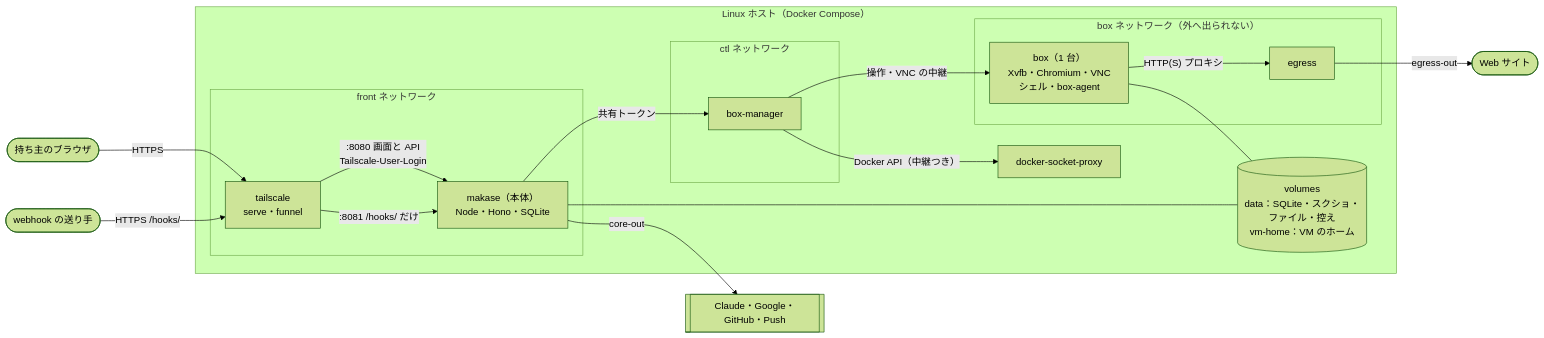
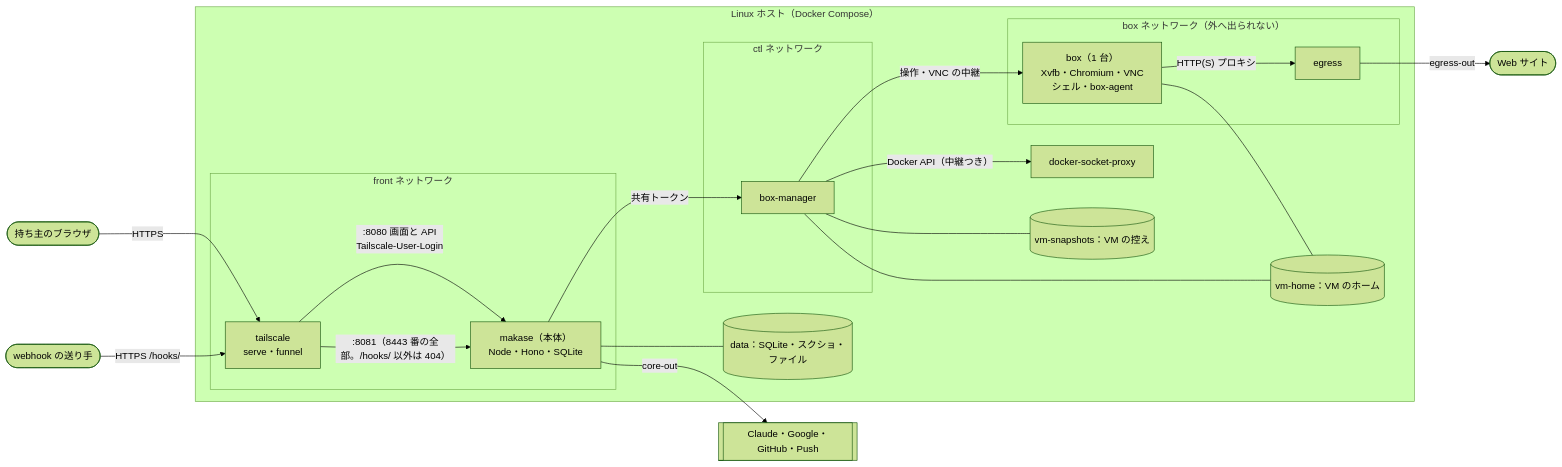
Before and after one commit to itiwoja/agent-team: the second of 3 diagrams in docs/design/07_architecture.md, drawn with Mermaid (forest theme). The commit also changed other lines of this file and 32 other files, not shown here.

````diff
--- a/docs/design/07_architecture.md
+++ b/docs/design/07_architecture.md
@@ -42,24 +42,28 @@
 ```mermaid
 flowchart LR
  O(["持ち主のブラウザ"]) -->|"HTTPS"| TS["tailscale<br/>serve・funnel"]
  HOOK(["webhook の送り手"]) -->|"HTTPS /hooks/"| TS
  subgraph HOST["Linux ホスト（Docker Compose）"]
   subgraph FRONT["front ネットワーク"]
    TS -->|":8080 画面と API<br/>Tailscale-User-Login"| CORE["makase（本体）<br/>Node・Hono・SQLite"]
-   TS -->|":8081 /hooks/ だけ"| CORE
+   TS -->|":8081（8443 番の全部。/hooks/ 以外は 404）"| CORE
   end
   subgraph CTL["ctl ネットワーク"]
    CORE -->|"共有トークン"| BM["box-manager"]
   end
   BM -->|"Docker API（中継つき）"| DS["docker-socket-proxy"]
   subgraph BOXNET["box ネットワーク（外へ出られない）"]
    BM -->|"操作・VNC の中継"| B1["box（1 台）<br/>Xvfb・Chromium・VNC<br/>シェル・box-agent"]
    B1 -->|"HTTP(S) プロキシ"| EG["egress"]
   end
-  VOL[("volumes<br/>data：SQLite・スクショ・ファイル・控え<br/>vm-home：VM のホーム")]
+  VOL[("data：SQLite・スクショ・ファイル")]
+  VHOME[("vm-home：VM のホーム")]
+  VSNAP[("vm-snapshots：VM の控え")]
   CORE --- VOL
-  B1 --- VOL
+  B1 --- VHOME
+  BM --- VHOME
+  BM --- VSNAP
  end
  EG -->|"egress-out"| WEB(["Web サイト"])
  CORE -->|"core-out"| API[["Claude・Google・GitHub・Push"]]
 ```
````
